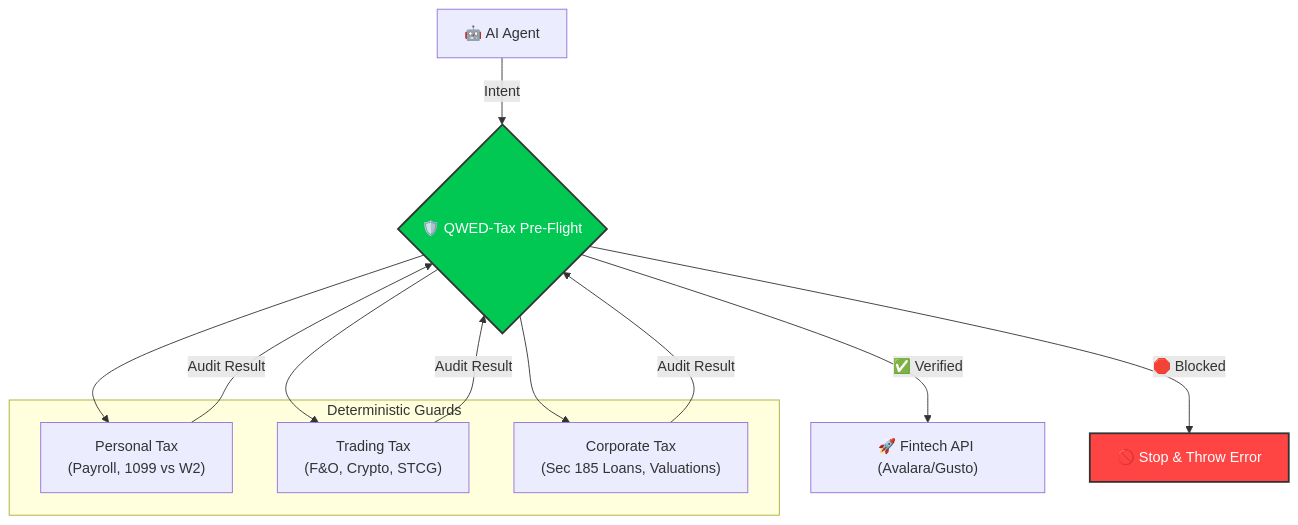
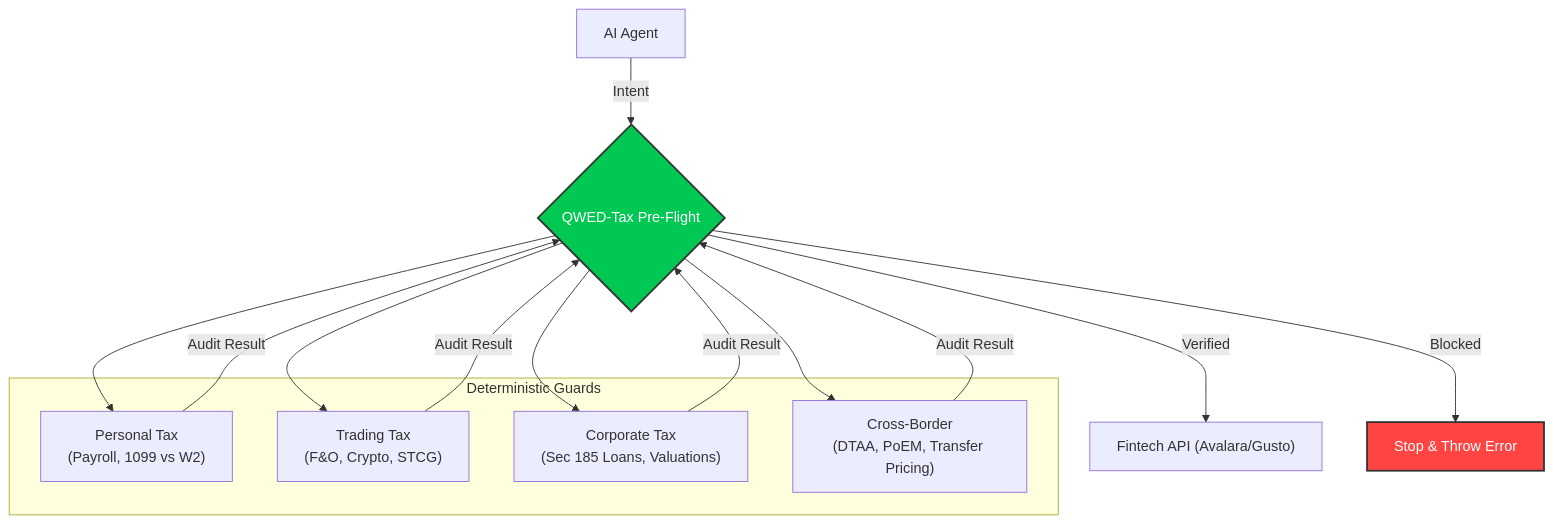
The diagram in tax/overview.mdx (QWED-AI/docs), drawn with Mermaid before and after one commit. The commit also changed other lines of this file and 2 other files, not shown here.

Commit message:
docs: update QWED Tax documentation with all guards, models, and middleware

````diff
--- a/tax/overview.mdx
+++ b/tax/overview.mdx
@@ -44,19 +65,20 @@
 ```mermaid
 graph TD
-    A["🤖 AI Agent"] -->|"Intent"| B{"🛡️ QWED-Tax Pre-Flight"}
+    A["AI Agent"] -->|"Intent"| B{"QWED-Tax Pre-Flight"}
     
     subgraph "Deterministic Guards"
     C["Personal Tax<br/>(Payroll, 1099 vs W2)"]
     D["Trading Tax<br/>(F&O, Crypto, STCG)"]
     E["Corporate Tax<br/>(Sec 185 Loans, Valuations)"]
+    F["Cross-Border<br/>(DTAA, PoEM, Transfer Pricing)"]
     end
     
-    B --> C & D & E
-    C & D & E -->|"Audit Result"| B
+    B --> C & D & E & F
+    C & D & E & F -->|"Audit Result"| B
     
-    B -- "✅ Verified" --> F["🚀 Fintech API (Avalara/Gusto)"]
-    B -- "🛑 Blocked" --> G["🚫 Stop & Throw Error"]
+    B -- "Verified" --> G["Fintech API (Avalara/Gusto)"]
+    B -- "Blocked" --> H["Stop & Throw Error"]
     
     style B fill:#00C853,stroke:#333,stroke-width:2px,color:white
-    style G fill:#ff4444,stroke:#333,stroke-width:2px,color:white
+    style H fill:#ff4444,stroke:#333,stroke-width:2px,color:white
 ```
````
